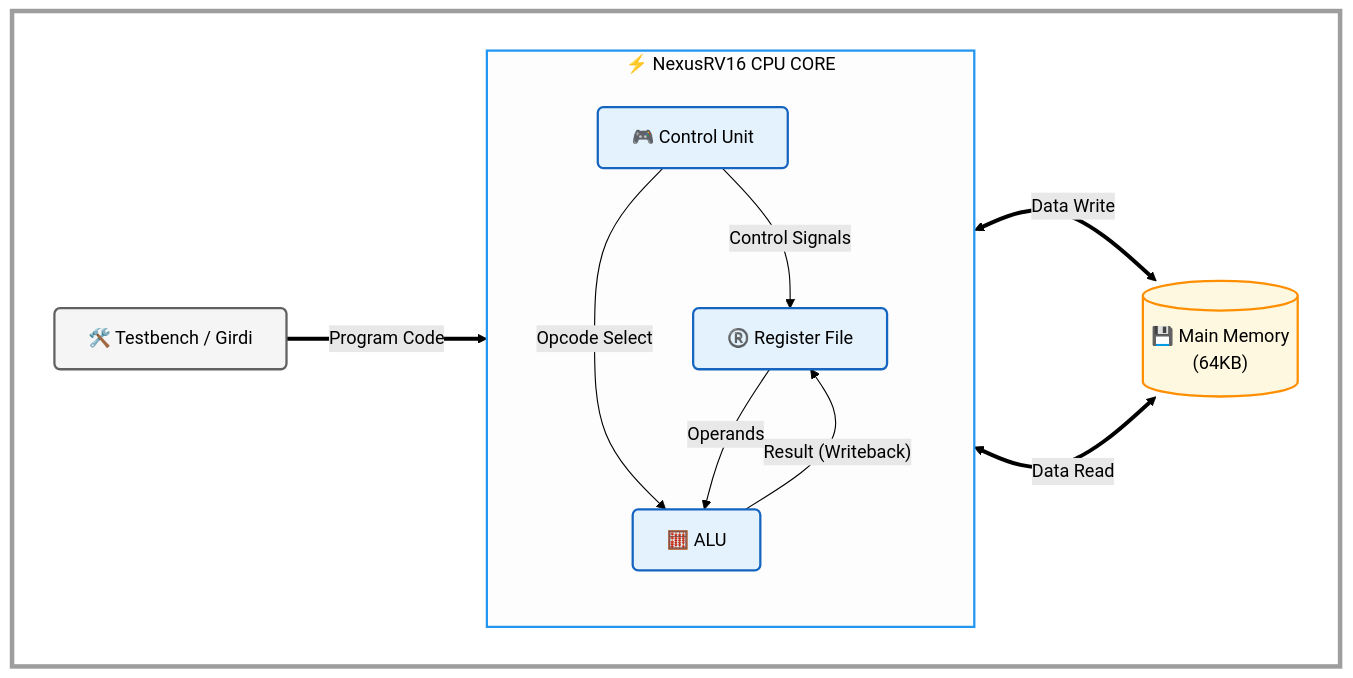
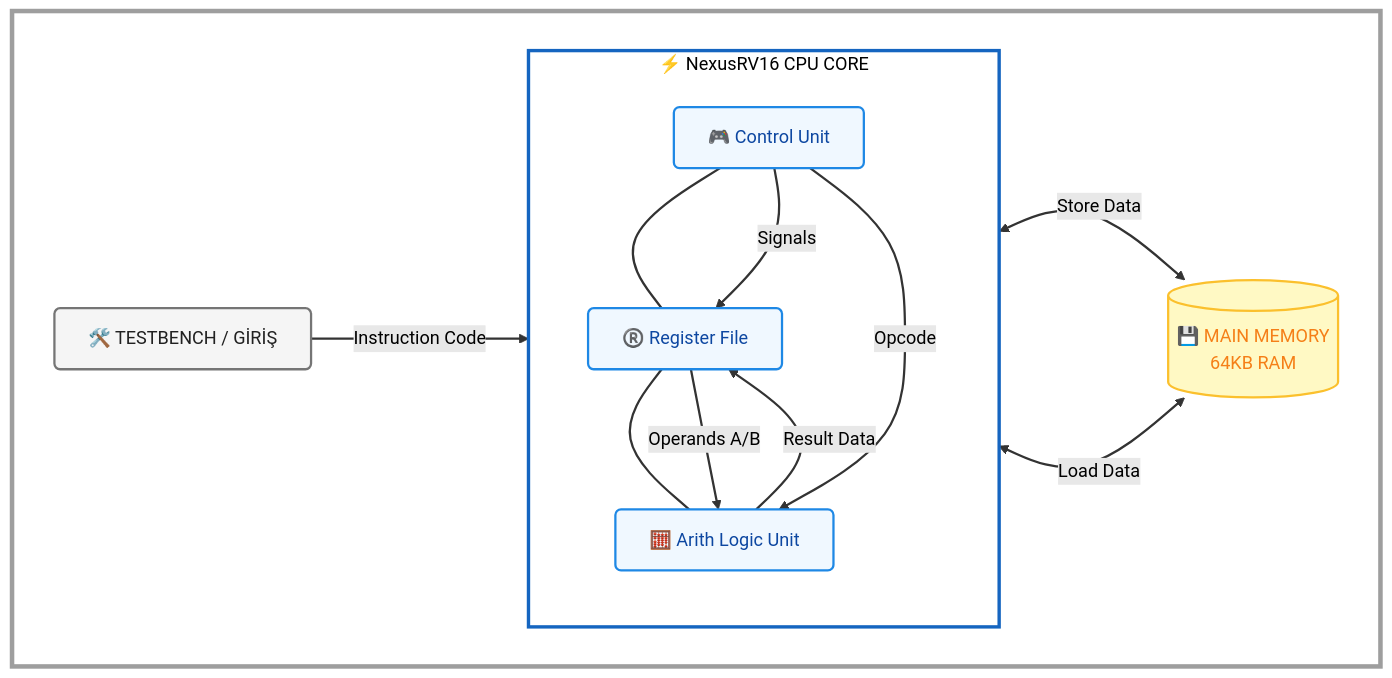
One commit to musakartalengin/NexusRV16 changed the diagram in README.md. Above: the diagram before and after it, drawn with Mermaid (forest theme).

Commit message:
Final polish of architectural diagram

````diff
--- a/README.md
+++ b/README.md
@@ -15,64 +15,72 @@
 ```mermaid
 graph LR
     %% =========================================================
-    %% BEYAZ TUVAL AYARI (Arka plan sorununu çözer)
+    %% TEMA VE STİL AYARLARI (Polishing)
     %% =========================================================
-    subgraph CANVAS [ ]
+    %% Kenarların yumuşak dönüşlü olması için 'basis' kullanıyoruz
+    linkStyle default interpolate basis stroke:#333333,stroke-width:2px;
+
+    %% BEYAZ TUVAL KAPSAYICISI
+    subgraph CANVAS [ <br/> ]
         direction LR
 
-        %% 🎨 RENK PALETİ (Profesyonel Mavi/Gri Tonlar)
-        classDef canvas fill:#ffffff,stroke:#333333,stroke-width:2px,color:#000000;
-        classDef block fill:#e3f2fd,stroke:#1565c0,stroke-width:2px,color:#000000,rx:5,ry:5;
-        classDef memory fill:#fff8e1,stroke:#ff8f00,stroke-width:2px,color:#000000,rx:0,ry:0;
-        classDef external fill:#f5f5f5,stroke:#616161,stroke-width:2px,color:#000000,rx:5,ry:5;
+        %% 🎨 RENK PALETİ
+        classDef canvas fill:#ffffff,stroke:#333333,stroke-width:2px;
+        classDef block fill:#f0f8ff,stroke:#1e88e5,stroke-width:2px,color:#0d47a1,rx:5,ry:5;
+        classDef memory fill:#fff9c4,stroke:#fbc02d,stroke-width:2px,color:#f57f17,rx:0,ry:0;
+        classDef external fill:#f5f5f5,stroke:#757575,stroke-width:2px,color:#212121,rx:5,ry:5;
+        
+        %% Şeffaf etiket arka planı için stil (Mermaid CSS trick)
+        %% Bu özellik her renderda çalışmayabilir ama denemeye değer.
         
         %% =====================================================
-        %% BİLEŞENLER
+        %% 1. SOL: TEST ORTAMI
         %% =====================================================
-        
-        %% 1. GİRİŞ BİRİMİ
-        TB["🛠️ Testbench / Girdi"]:::external
+        TB["🛠️ TESTBENCH / GİRİŞ"]:::external
 
-        %% 2. CPU KUTUSU
+        %% =====================================================
+        %% 2. ORTA: PROCESOR ÇEKİRDEĞİ (Dikey Hizalı)
+        %% =====================================================
         subgraph CPU_FRAME [⚡ NexusRV16 CPU CORE]
             direction TB
             
+            %% Bileşenleri dikeyde hizalamak için görünmez bağlar kullanacağız
             CTRL["🎮 Control Unit"]:::block
             REGS["®️ Register File"]:::block
-            ALU["🧮 ALU"]:::block
+            ALU["🧮 Arith Logic Unit"]:::block
             
-            %% Hiyerarşik Düzen (Yukarıdan Aşağıya)
-            CTRL
-            REGS
-            ALU
+            %% Dikey Hiyerarşi
+            CTRL ~~~ REGS ~~~ ALU
         end
 
-        %% 3. BELLEK BİRİMİ
-        RAM[("💾 Main Memory<br>(64KB)")]:::memory
+        %% =====================================================
+        %% 3. SAĞ: BELLEK (Dikeyde ortalanmış)
+        %% =====================================================
+        RAM[("💾 MAIN MEMORY<br/>64KB RAM")]:::memory
 
         %% =====================================================
-        %% BAĞLANTILAR (Hizalamayı bozmadan)
+        %% BAĞLANTILAR (Kavisli ve Düzenli)
         %% =====================================================
         
-        %% Testbench -> CPU (Program Code)
-        TB == "Program Code" ==> CTRL
+        %% Testbench -> Control
+        TB == "Instruction Code" ==> CTRL
 
-        %% CPU İçi Sinyal Akışı (Temiz Hatlar)
-        CTRL -- "Control Signals" --> REGS
-        CTRL -- "Opcode Select" --> ALU
+        %% Control -> Diğerleri
+        CTRL -- "Signals" --> REGS
+        CTRL -- "Opcode" --> ALU
         
-        %% Veri Akışı (Data Path)
-        REGS -- "Operands" --> ALU
-        ALU -- "Result (Writeback)" --> REGS
+        %% Veri Yolu Döngüsü
+        REGS -- "Operands A/B" --> ALU
+        ALU -- "Result Data" --> REGS
 
-        %% CPU <-> RAM Etkileşimi
-        REGS <== "Data Write" ==> RAM
-        RAM <== "Data Read" ==> REGS
+        %% RAM Etkileşimi (Register File üzerinden)
+        REGS <== "Store Data" ==> RAM
+        RAM <== "Load Data" ==> REGS
 
     end
     
-    %% TUVAL STİLİ (Beyaz Arka Plan Uygulaması)
+    %% TUVAL VE ÇERÇEVE STİLLERİ
     style CANVAS fill:#ffffff,stroke:#9e9e9e,stroke-width:4px
-    style CPU_FRAME fill:#fdfdfd,stroke:#2196f3,stroke-width:2px,color:#000000
+    style CPU_FRAME fill:#ffffff,stroke:#1565c0,stroke-width:3px,color:#000000
 
 ```
````
